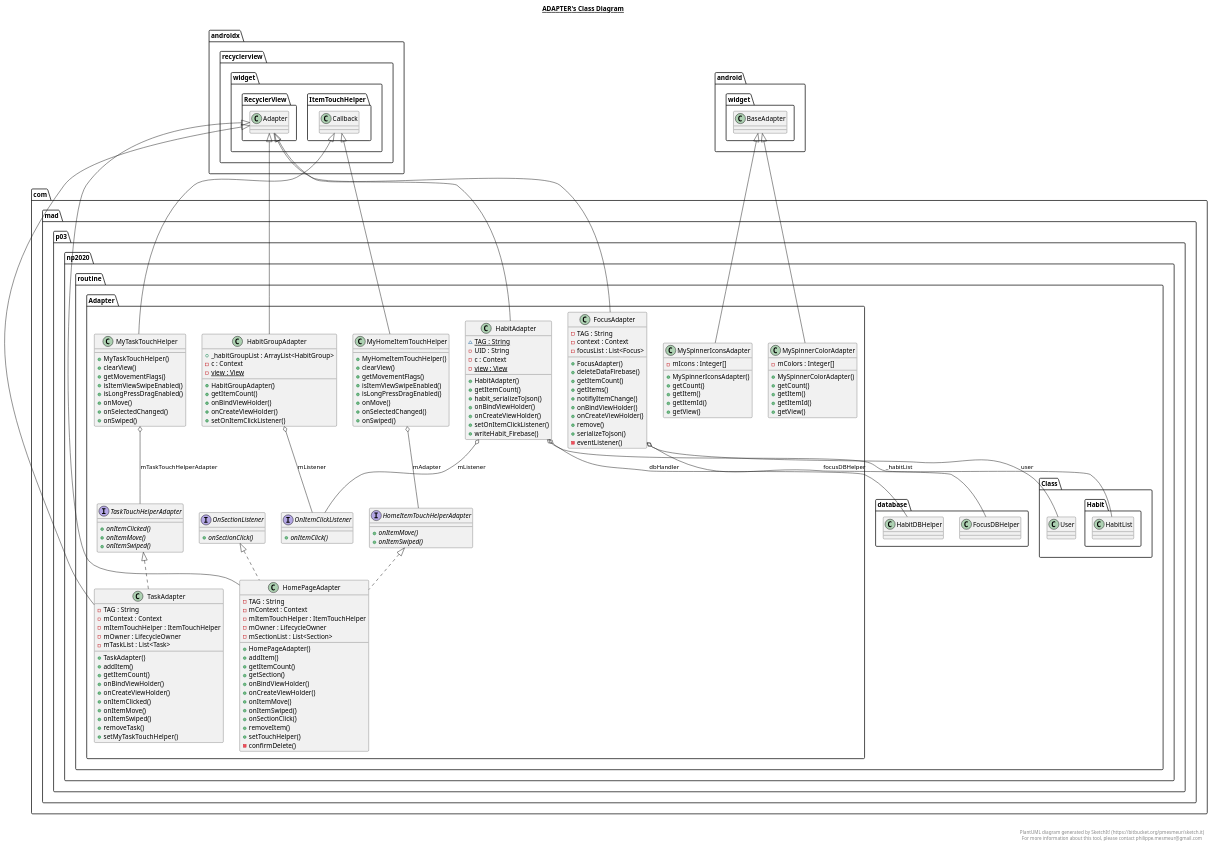
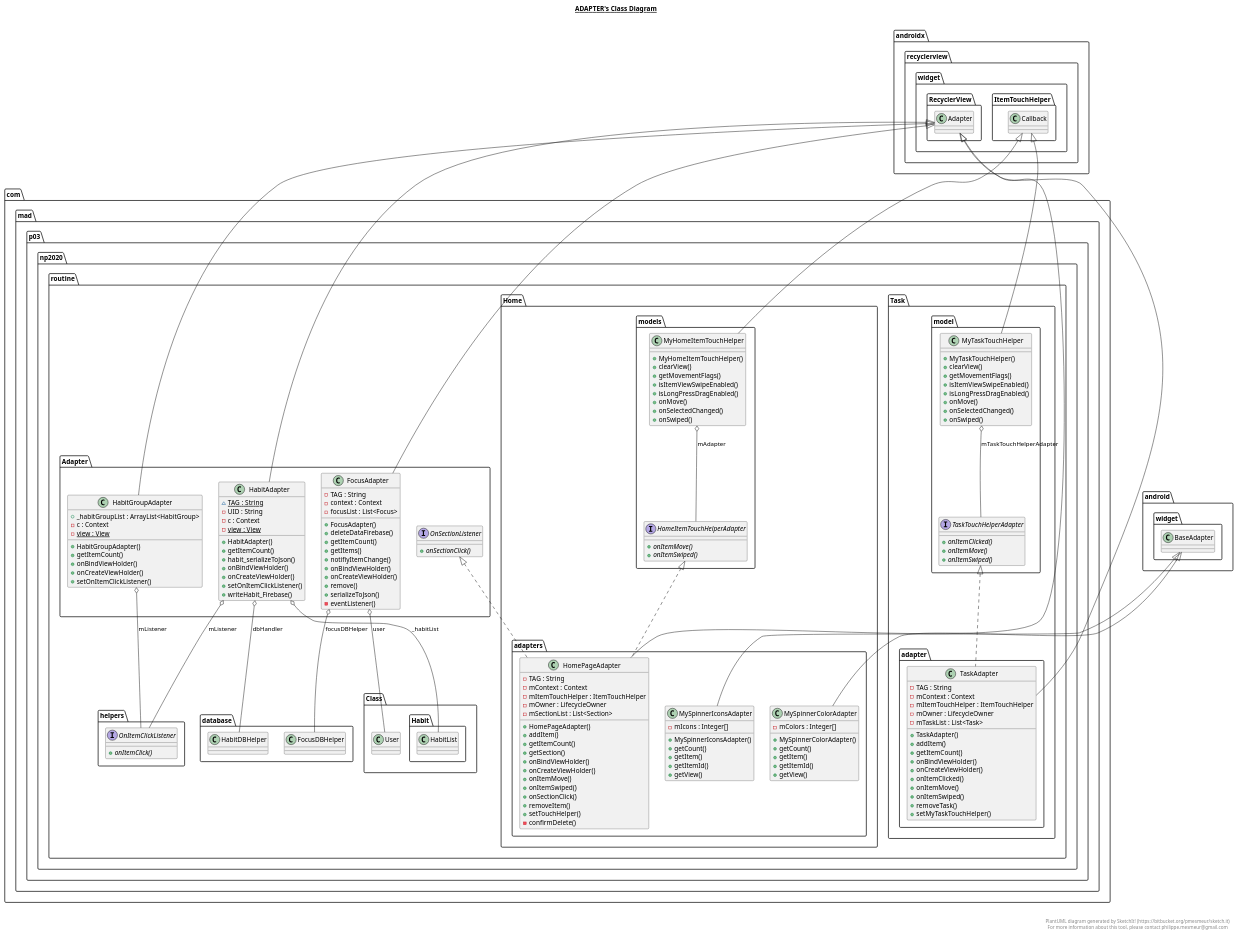
One commit to AppDevIn/Routine changed the diagram in app/src/main/java/com/mad/p03/np2020/routine/Adapter/Adapter.plantuml. Above: the diagram before and after it, drawn with PlantUML. The commit also changed 111 other files, not shown here.

```diff
--- a/app/src/main/java/com/mad/p03/np2020/routine/Adapter/Adapter.plantuml
+++ b/app/src/main/java/com/mad/p03/np2020/routine/Adapter/Adapter.plantuml
@@ -60,7 +60,7 @@
 
   namespace com.mad.p03.np2020.routine {
     namespace Adapter {
-      interface com.mad.p03.np2020.routine.Adapter.HomeItemTouchHelperAdapter {
+      interface com.mad.p03.np2020.routine.Home.models.HomeItemTouchHelperAdapter {
           {abstract} + onItemMove()
           {abstract} + onItemSwiped()
       }
@@ -70,7 +70,7 @@
 
   namespace com.mad.p03.np2020.routine {
     namespace Adapter {
-      class com.mad.p03.np2020.routine.Adapter.HomePageAdapter {
+      class com.mad.p03.np2020.routine.Home.adapters.HomePageAdapter {
           - TAG : String
           - mContext : Context
           - mItemTouchHelper : ItemTouchHelper
@@ -95,7 +95,7 @@
 
   namespace com.mad.p03.np2020.routine {
     namespace Adapter {
-      class com.mad.p03.np2020.routine.Adapter.MyHomeItemTouchHelper {
+      class com.mad.p03.np2020.routine.Home.models.MyHomeItemTouchHelper {
           + MyHomeItemTouchHelper()
           + clearView()
           + getMovementFlags()
@@ -111,7 +111,7 @@
 
   namespace com.mad.p03.np2020.routine {
     namespace Adapter {
-      class com.mad.p03.np2020.routine.Adapter.MySpinnerColorAdapter {
+      class com.mad.p03.np2020.routine.Home.adapters.MySpinnerColorAdapter {
           - mColors : Integer[]
           + MySpinnerColorAdapter()
           + getCount()
@@ -125,7 +125,7 @@
 
   namespace com.mad.p03.np2020.routine {
     namespace Adapter {
-      class com.mad.p03.np2020.routine.Adapter.MySpinnerIconsAdapter {
+      class com.mad.p03.np2020.routine.Home.adapters.MySpinnerIconsAdapter {
           - mIcons : Integer[]
           + MySpinnerIconsAdapter()
           + getCount()
@@ -139,7 +139,7 @@
 
   namespace com.mad.p03.np2020.routine {
     namespace Adapter {
-      class com.mad.p03.np2020.routine.Adapter.MyTaskTouchHelper {
+      class com.mad.p03.np2020.routine.Task.model.MyTaskTouchHelper {
           + MyTaskTouchHelper()
           + clearView()
           + getMovementFlags()
@@ -155,7 +155,7 @@
 
   namespace com.mad.p03.np2020.routine {
     namespace Adapter {
-      interface com.mad.p03.np2020.routine.Adapter.OnItemClickListener {
+      interface com.mad.p03.np2020.routine.helpers.OnItemClickListener {
           {abstract} + onItemClick()
       }
     }
@@ -173,7 +173,7 @@
 
   namespace com.mad.p03.np2020.routine {
     namespace Adapter {
-      class com.mad.p03.np2020.routine.Adapter.TaskAdapter {
+      class com.mad.p03.np2020.routine.Task.adapter.TaskAdapter {
           - TAG : String
           - mContext : Context
           - mItemTouchHelper : ItemTouchHelper
@@ -196,7 +196,7 @@
 
   namespace com.mad.p03.np2020.routine {
     namespace Adapter {
-      interface com.mad.p03.np2020.routine.Adapter.TaskTouchHelperAdapter {
+      interface com.mad.p03.np2020.routine.Task.model.TaskTouchHelperAdapter {
           {abstract} + onItemClicked()
           {abstract} + onItemMove()
           {abstract} + onItemSwiped()
@@ -211,20 +211,20 @@
   com.mad.p03.np2020.routine.Adapter.HabitAdapter -up-|> androidx.recyclerview.widget.RecyclerView.Adapter
   com.mad.p03.np2020.routine.Adapter.HabitAdapter o-- com.mad.p03.np2020.routine.Class.Habit.HabitList : _habitList
   com.mad.p03.np2020.routine.Adapter.HabitAdapter o-- com.mad.p03.np2020.routine.database.HabitDBHelper : dbHandler
-  com.mad.p03.np2020.routine.Adapter.HabitAdapter o-- com.mad.p03.np2020.routine.Adapter.OnItemClickListener : mListener
+  com.mad.p03.np2020.routine.Adapter.HabitAdapter o-- com.mad.p03.np2020.routine.helpers.OnItemClickListener : mListener
   com.mad.p03.np2020.routine.Adapter.HabitGroupAdapter -up-|> androidx.recyclerview.widget.RecyclerView.Adapter
-  com.mad.p03.np2020.routine.Adapter.HabitGroupAdapter o-- com.mad.p03.np2020.routine.Adapter.OnItemClickListener : mListener
-  com.mad.p03.np2020.routine.Adapter.HomePageAdapter .up.|> com.mad.p03.np2020.routine.Adapter.HomeItemTouchHelperAdapter
-  com.mad.p03.np2020.routine.Adapter.HomePageAdapter .up.|> com.mad.p03.np2020.routine.Adapter.OnSectionListener
-  com.mad.p03.np2020.routine.Adapter.HomePageAdapter -up-|> androidx.recyclerview.widget.RecyclerView.Adapter
-  com.mad.p03.np2020.routine.Adapter.MyHomeItemTouchHelper -up-|> androidx.recyclerview.widget.ItemTouchHelper.Callback
-  com.mad.p03.np2020.routine.Adapter.MyHomeItemTouchHelper o-- com.mad.p03.np2020.routine.Adapter.HomeItemTouchHelperAdapter : mAdapter
-  com.mad.p03.np2020.routine.Adapter.MySpinnerColorAdapter -up-|> android.widget.BaseAdapter
-  com.mad.p03.np2020.routine.Adapter.MySpinnerIconsAdapter -up-|> android.widget.BaseAdapter
-  com.mad.p03.np2020.routine.Adapter.MyTaskTouchHelper -up-|> androidx.recyclerview.widget.ItemTouchHelper.Callback
-  com.mad.p03.np2020.routine.Adapter.MyTaskTouchHelper o-- com.mad.p03.np2020.routine.Adapter.TaskTouchHelperAdapter : mTaskTouchHelperAdapter
-  com.mad.p03.np2020.routine.Adapter.TaskAdapter .up.|> com.mad.p03.np2020.routine.Adapter.TaskTouchHelperAdapter
-  com.mad.p03.np2020.routine.Adapter.TaskAdapter -up-|> androidx.recyclerview.widget.RecyclerView.Adapter
+  com.mad.p03.np2020.routine.Adapter.HabitGroupAdapter o-- com.mad.p03.np2020.routine.helpers.OnItemClickListener : mListener
+  com.mad.p03.np2020.routine.Home.adapters.HomePageAdapter .up.|> com.mad.p03.np2020.routine.Home.models.HomeItemTouchHelperAdapter
+  com.mad.p03.np2020.routine.Home.adapters.HomePageAdapter .up.|> com.mad.p03.np2020.routine.Adapter.OnSectionListener
+  com.mad.p03.np2020.routine.Home.adapters.HomePageAdapter -up-|> androidx.recyclerview.widget.RecyclerView.Adapter
+  com.mad.p03.np2020.routine.Home.models.MyHomeItemTouchHelper -up-|> androidx.recyclerview.widget.ItemTouchHelper.Callback
+  com.mad.p03.np2020.routine.Home.models.MyHomeItemTouchHelper o-- com.mad.p03.np2020.routine.Home.models.HomeItemTouchHelperAdapter : mAdapter
+  com.mad.p03.np2020.routine.Home.adapters.MySpinnerColorAdapter -up-|> android.widget.BaseAdapter
+  com.mad.p03.np2020.routine.Home.adapters.MySpinnerIconsAdapter -up-|> android.widget.BaseAdapter
+  com.mad.p03.np2020.routine.Task.model.MyTaskTouchHelper -up-|> androidx.recyclerview.widget.ItemTouchHelper.Callback
+  com.mad.p03.np2020.routine.Task.model.MyTaskTouchHelper o-- com.mad.p03.np2020.routine.Task.model.TaskTouchHelperAdapter : mTaskTouchHelperAdapter
+  com.mad.p03.np2020.routine.Task.adapter.TaskAdapter .up.|> com.mad.p03.np2020.routine.Task.model.TaskTouchHelperAdapter
+  com.mad.p03.np2020.routine.Task.adapter.TaskAdapter -up-|> androidx.recyclerview.widget.RecyclerView.Adapter
 
 
 right footer
```
